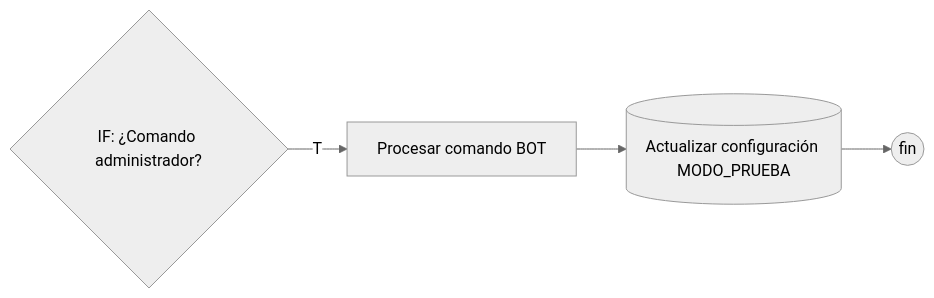
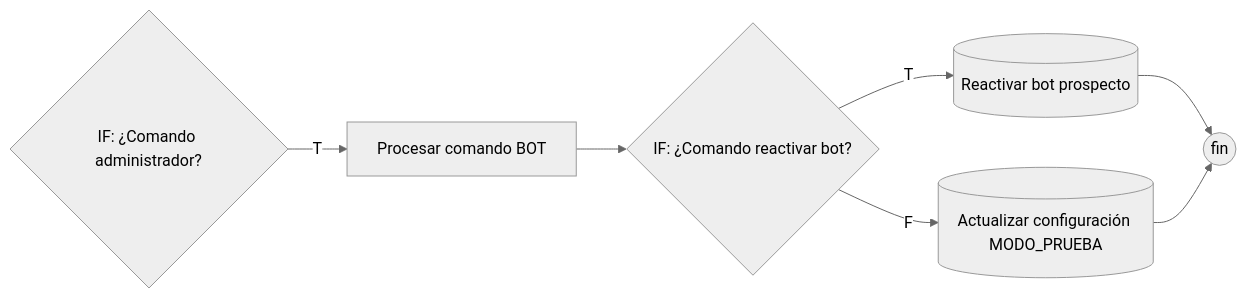
The fourth of 15 diagrams in docs/FLUJO-WORKFLOW-PEGASO.md (Theborycuas/pegaso-n8n), drawn with Mermaid (neutral theme) before and after one commit. The commit also changed other lines of this file and 10 other files, not shown here.

````diff
--- a/docs/FLUJO-WORKFLOW-PEGASO.md
+++ b/docs/FLUJO-WORKFLOW-PEGASO.md
@@ -146,4 +154,6 @@
 ```mermaid
 flowchart LR
-    CMD{IF: ¿Comando administrador?} -->|T| PCB[Procesar comando BOT] --> UPD[(Actualizar configuración MODO_PRUEBA)] --> FIN((fin))
+    CMD{IF: ¿Comando administrador?} -->|T| PCB[Procesar comando BOT] --> CRB{IF: ¿Comando reactivar bot?}
+    CRB -->|T| RBP[(Reactivar bot prospecto)] --> FIN((fin))
+    CRB -->|F| UPD[(Actualizar configuración MODO_PRUEBA)] --> FIN
 ```
````
